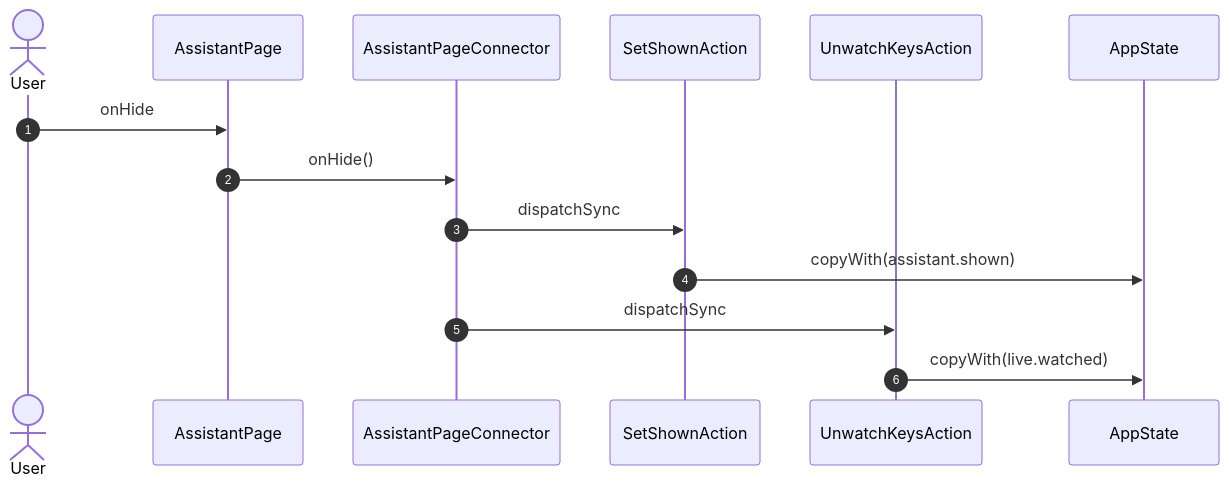
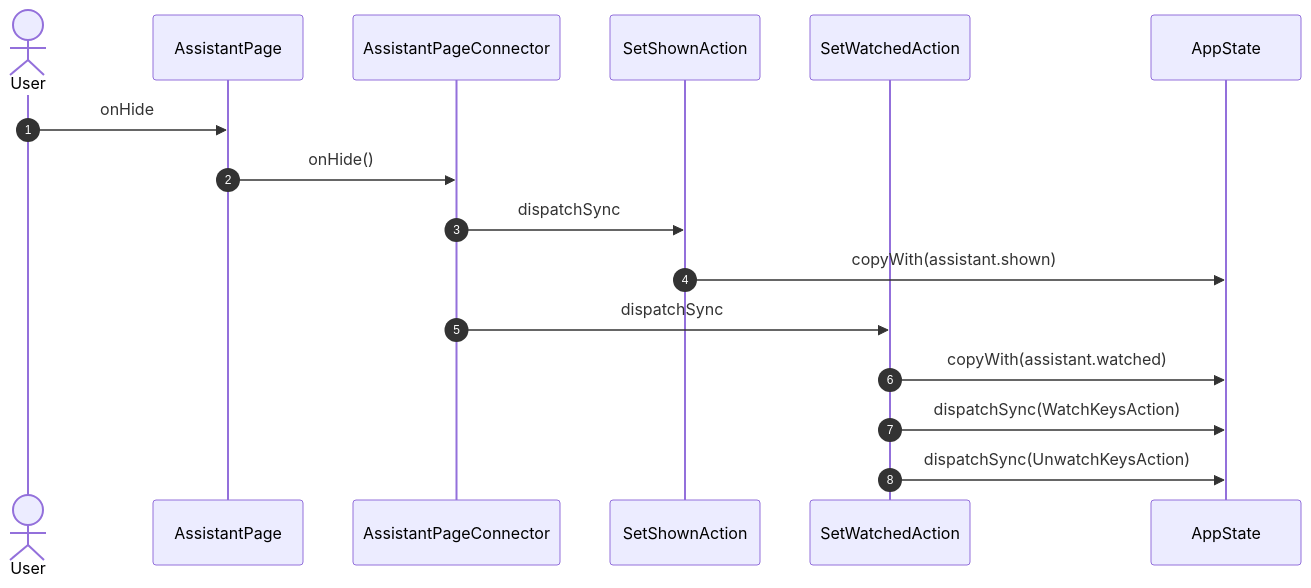
Before and after one commit to gencto/wyrm: the third of 10 diagrams in studio/docs/flows/assistant.md, drawn with Mermaid. The commit also changed other lines of this file and 18 other files, not shown here.

````diff
--- a/studio/docs/flows/assistant.md
+++ b/studio/docs/flows/assistant.md
@@ -54,17 +56,19 @@
 ```mermaid
 sequenceDiagram
     autonumber
     actor User
     participant UI as AssistantPage
     participant VM as AssistantPageConnector
     participant A1 as SetShownAction
-    participant A2 as UnwatchKeysAction
+    participant A2 as SetWatchedAction
     participant ST as AppState
 
     User->>UI: onHide
     UI->>VM: onHide()
     VM->>A1: dispatchSync
     A1->>ST: copyWith(assistant.shown)
     VM->>A2: dispatchSync
-    A2->>ST: copyWith(live.watched)
+    A2->>ST: copyWith(assistant.watched)
+    A2->>ST: dispatchSync(WatchKeysAction)
+    A2->>ST: dispatchSync(UnwatchKeysAction)
 ```
````
